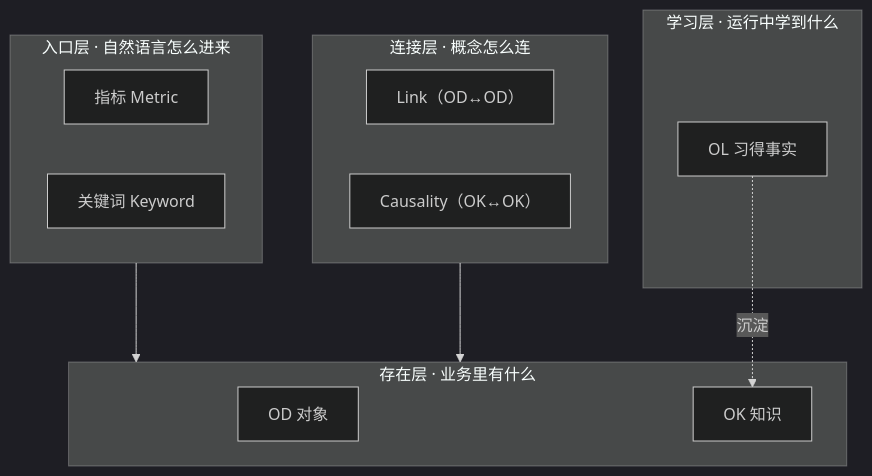
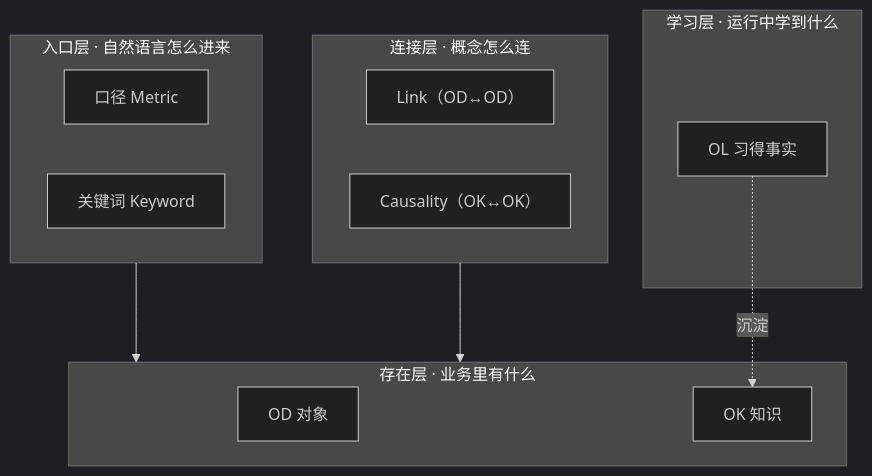
The first of 2 diagrams in content/zh/docs/core-concepts.md (agentofreef/text2ontology-www), drawn with Mermaid (dark theme) before and after one commit. The commit also changed other lines of this file and 11 other files, not shown here.

````diff
--- a/content/zh/docs/core-concepts.md
+++ b/content/zh/docs/core-concepts.md
@@ -26,21 +26,21 @@
 ```mermaid
 flowchart TD
   subgraph entry["入口层 · 自然语言怎么进来"]
-    M["指标 Metric"]
+    M["口径 Metric"]
     K["关键词 Keyword"]
   end
   subgraph conn["连接层 · 概念怎么连"]
     L["Link（OD↔OD）"]
     C["Causality（OK↔OK）"]
   end
   subgraph exist["存在层 · 业务里有什么"]
     OD["OD 对象"]
     OK["OK 知识"]
   end
   subgraph learn["学习层 · 运行中学到什么"]
     OL["OL 习得事实"]
   end
   entry --> exist
   conn --> exist
   OL -. 沉淀 .-> OK
 ```
````
